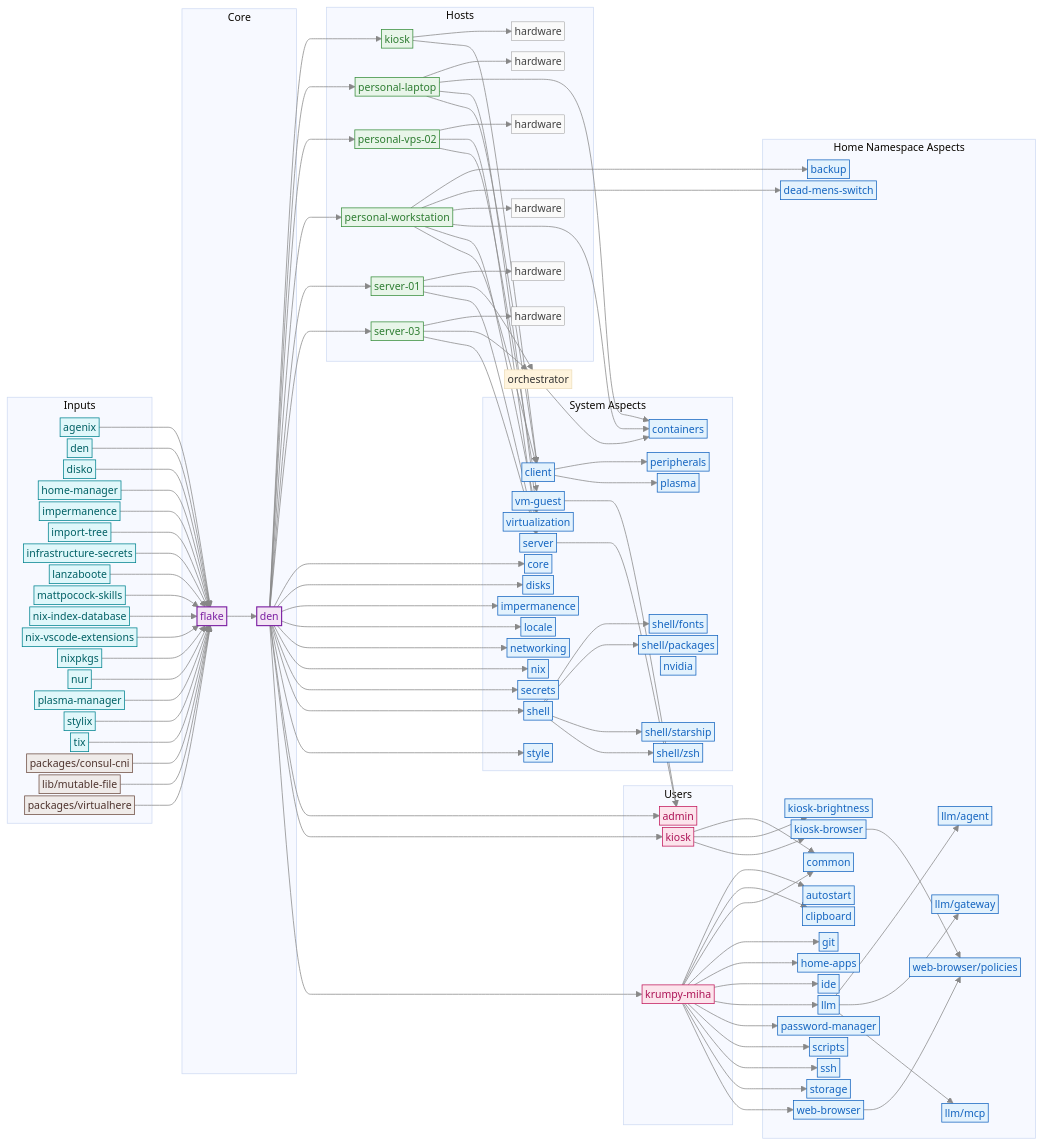
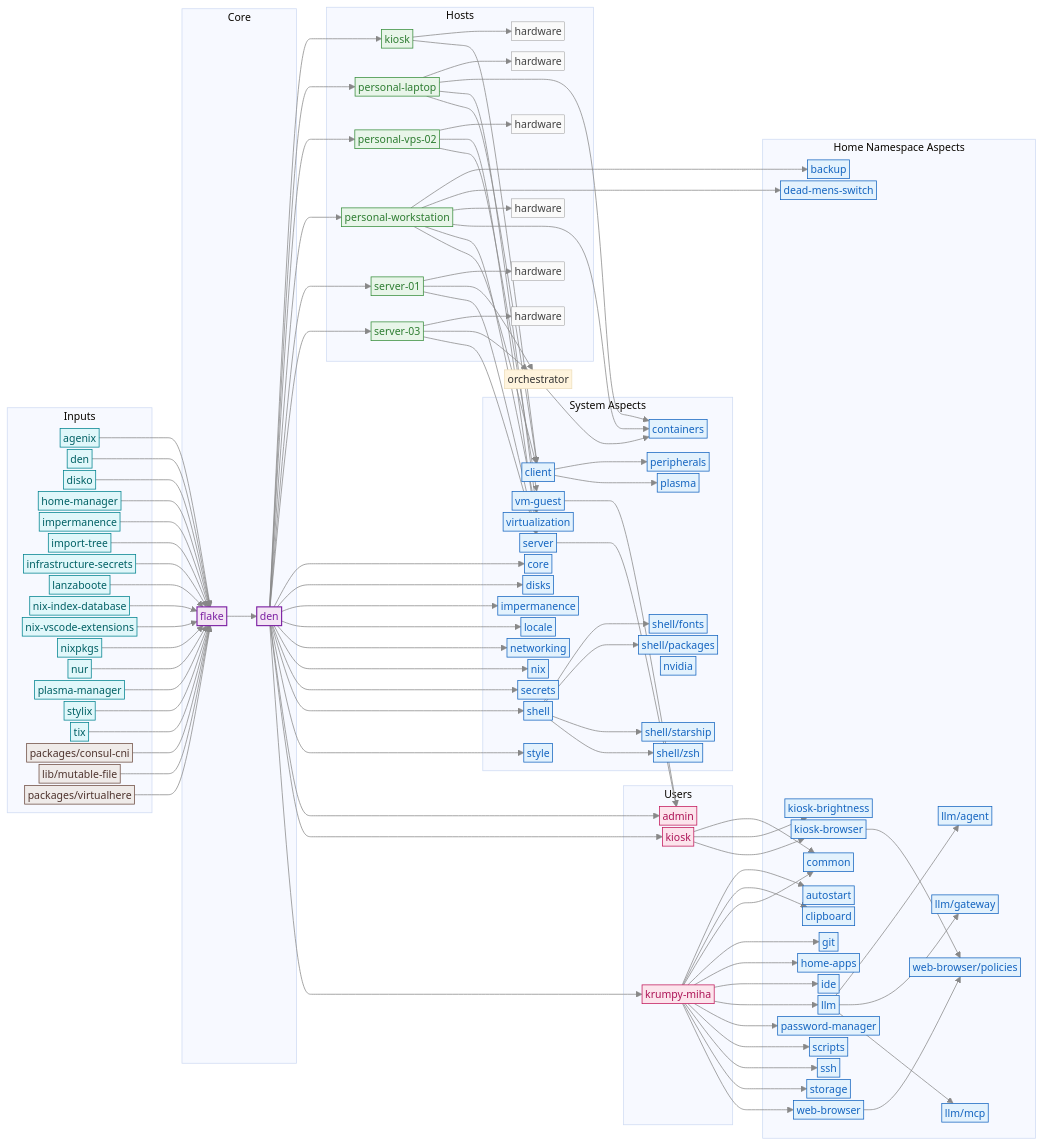
Before and after one commit to mihakrumpestar/infrastructure: the diagram in README.md, drawn with Mermaid. The commit also changed 13 other files, not shown here.

```diff
--- a/README.md
+++ b/README.md
@@ -167,7 +167,6 @@
         input_import_tree["import-tree"]:::input
         input_infrastructure_secrets["infrastructure-secrets"]:::input
         input_lanzaboote["lanzaboote"]:::input
-        input_mattpocock_skills["mattpocock-skills"]:::input
         input_nix_index_database["nix-index-database"]:::input
         input_nix_vscode_extensions["nix-vscode-extensions"]:::input
         input_nixpkgs["nixpkgs"]:::input
@@ -307,7 +306,6 @@
     input_import_tree --> flake
     input_infrastructure_secrets --> flake
     input_lanzaboote --> flake
-    input_mattpocock_skills --> flake
     input_nix_index_database --> flake
     input_nix_vscode_extensions --> flake
     input_nixpkgs --> flake
```
